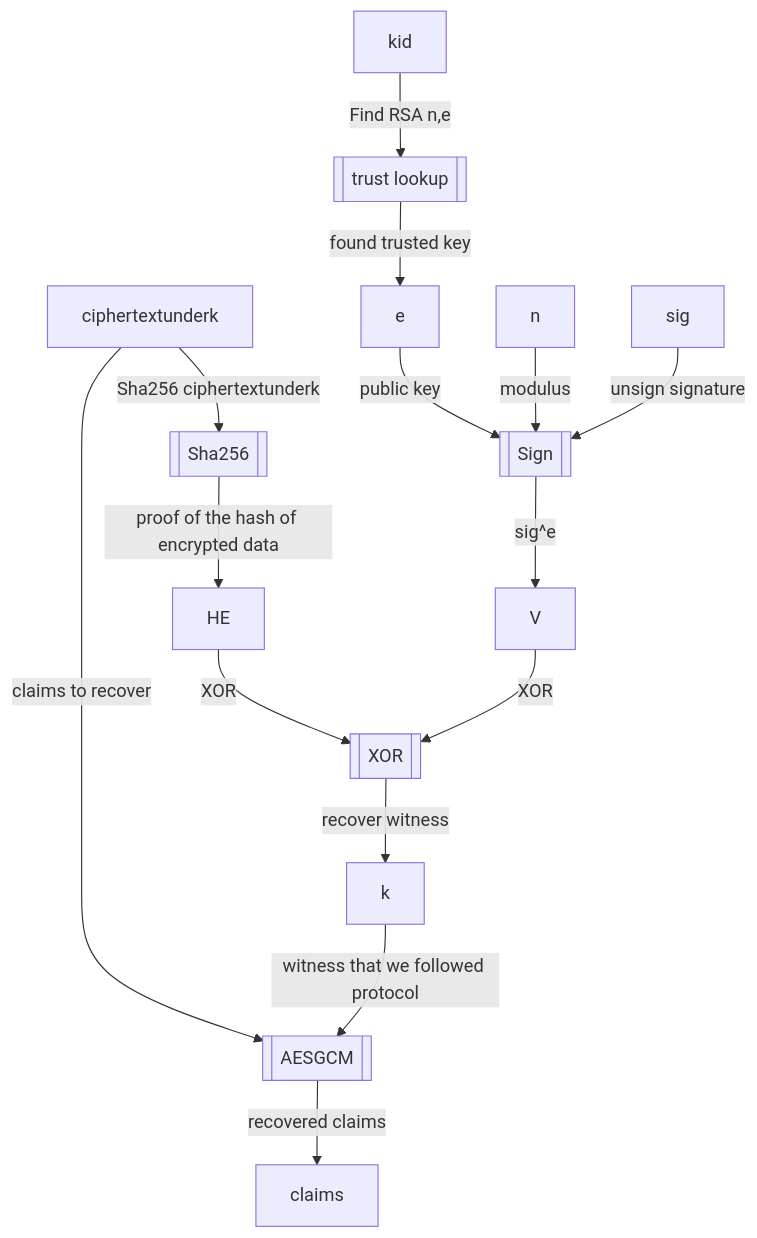
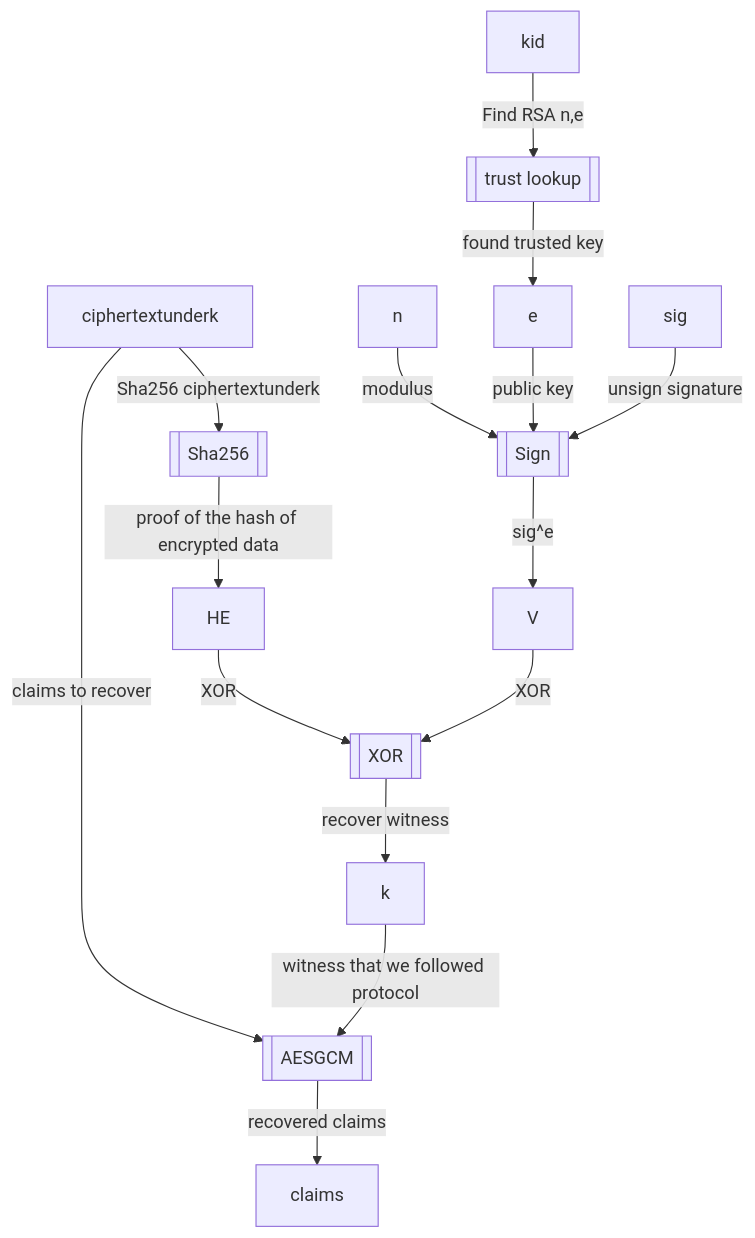
One commit to rfielding/whiskeyTango changed the third of 3 diagrams in README.md. Above: the diagram before and after it, drawn with Mermaid. The commit also changed other lines of this file, not shown here.

Commit message:
update diagram

````diff
--- a/README.md
+++ b/README.md
@@ -147,22 +147,22 @@
 ```mermaid
 flowchart TB
   Sha256[[Sha256]]
   ciphertextunderk-- Sha256 ciphertextunderk -->Sha256
   Sha256-- proof of the hash of encrypted data -->HE
   Sign[[Sign]]
+  n-- modulus -->Sign
+  e-- public key -->Sign
+  sig-- unsign signature -->Sign
   trustlookup[[trust lookup]]
   kid-- Find RSA n,e -->trustlookup
   trustlookup-- found trusted key -->e
-  n-- modulus -->Sign
-  e-- public key -->Sign
-  sig-- unsign signature -->Sign
   Sign-- sig^e -->V
   XOR[[XOR]]
   V-- XOR -->XOR
   HE-- XOR -->XOR
   XOR-- recover witness -->k
   AESGCM[[AESGCM]]
   ciphertextunderk-- claims to recover -->AESGCM  
   k-- witness that we followed protocol -->AESGCM  
   AESGCM-- recovered claims -->claims 
 ```
````
